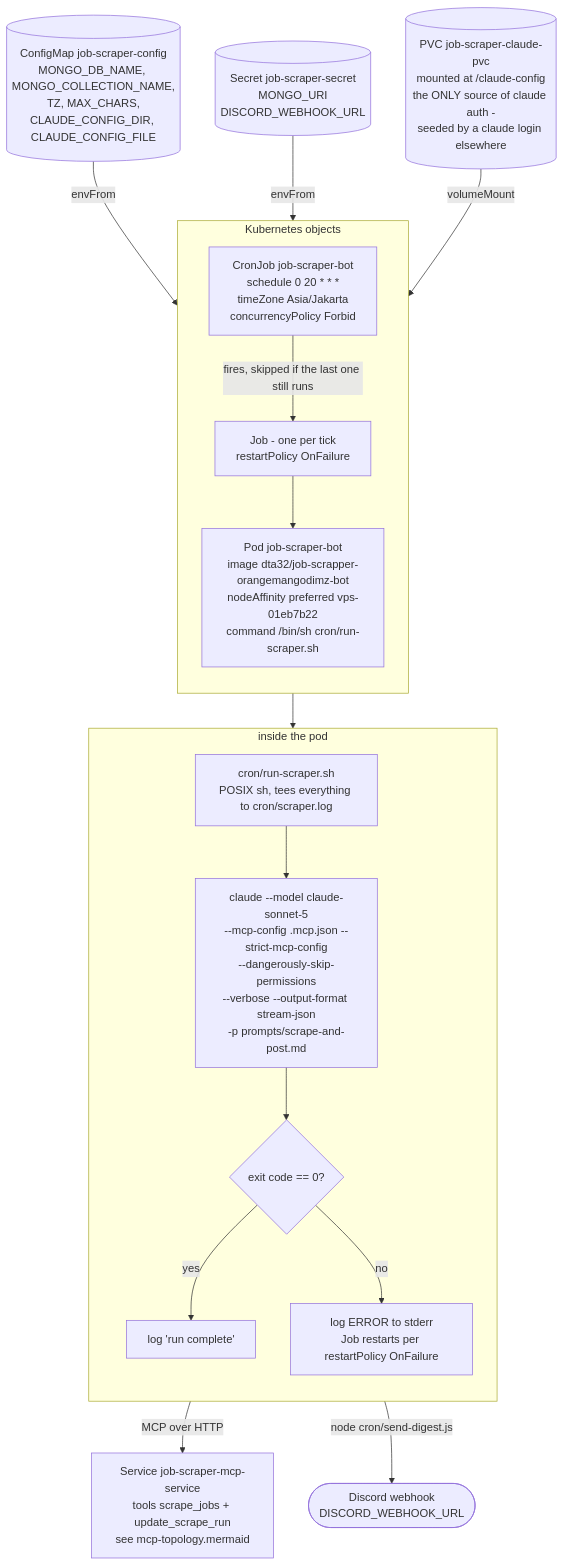
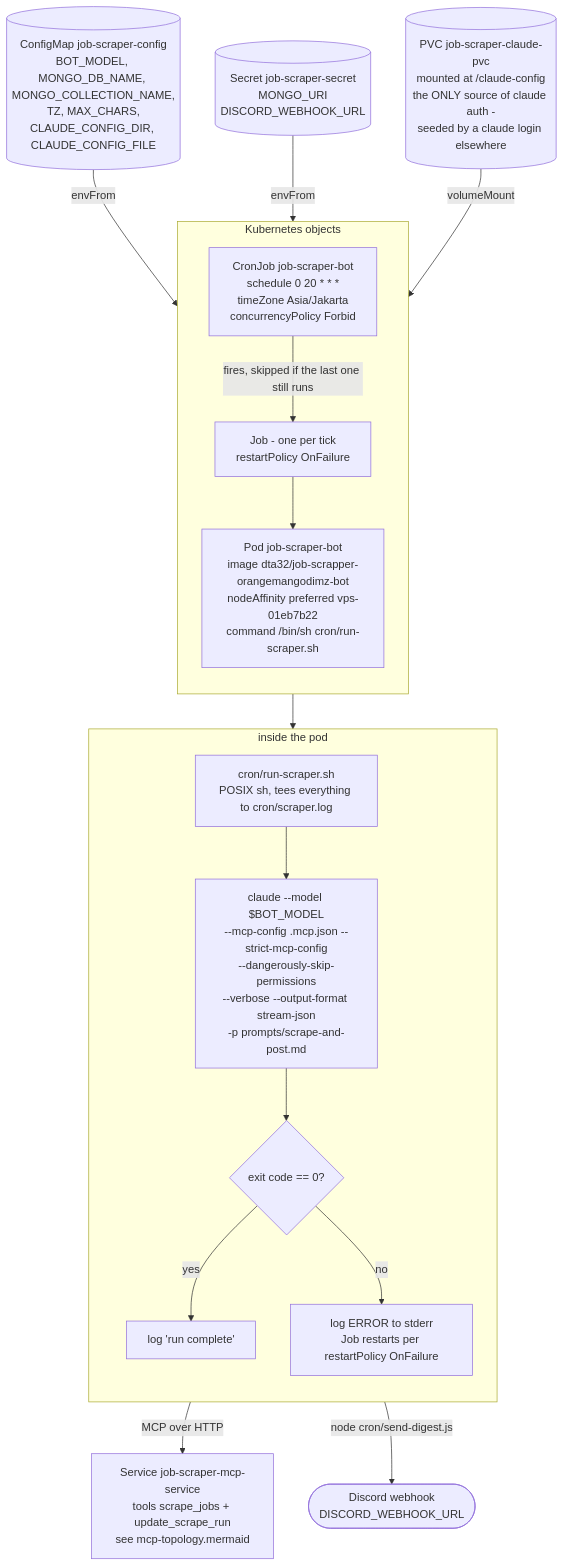
One commit to DTA32/job-scrapper changed the diagram in docs/architecture/cronjob-topology.mermaid. Above: the diagram before and after it, drawn with Mermaid. The commit also changed 10 other files, not shown here.

```diff
--- a/docs/architecture/cronjob-topology.mermaid
+++ b/docs/architecture/cronjob-topology.mermaid
@@ -1,36 +1,36 @@
 flowchart TB
     subgraph k8s["Kubernetes objects"]
         direction TB
         CJ["CronJob job-scraper-bot<br/>schedule 0 20 * * *<br/>timeZone Asia/Jakarta<br/>concurrencyPolicy Forbid"]
         JOB["Job - one per tick<br/>restartPolicy OnFailure"]
         POD["Pod job-scraper-bot<br/>image dta32/job-scrapper-orangemangodimz-bot<br/>nodeAffinity preferred vps-01eb7b22<br/>command /bin/sh cron/run-scraper.sh"]
         CJ -->|"fires, skipped if the last one still runs"| JOB --> POD
     end
 
-    CM[("ConfigMap job-scraper-config<br/>MONGO_DB_NAME, MONGO_COLLECTION_NAME,<br/>TZ, MAX_CHARS,<br/>CLAUDE_CONFIG_DIR, CLAUDE_CONFIG_FILE")]
+    CM[("ConfigMap job-scraper-config<br/>BOT_MODEL, MONGO_DB_NAME, MONGO_COLLECTION_NAME,<br/>TZ, MAX_CHARS,<br/>CLAUDE_CONFIG_DIR, CLAUDE_CONFIG_FILE")]
     SEC[("Secret job-scraper-secret<br/>MONGO_URI<br/>DISCORD_WEBHOOK_URL")]
     PVC[("PVC job-scraper-claude-pvc<br/>mounted at /claude-config<br/>the ONLY source of claude auth -<br/>seeded by a claude login elsewhere")]
 
     CM -->|"envFrom"| POD
     SEC -->|"envFrom"| POD
     PVC -->|"volumeMount"| POD
 
     subgraph container["inside the pod"]
         direction TB
         SH["cron/run-scraper.sh<br/>POSIX sh, tees everything to cron/scraper.log"]
-        CLAUDE["claude --model claude-sonnet-5<br/>--mcp-config .mcp.json --strict-mcp-config<br/>--dangerously-skip-permissions<br/>--verbose --output-format stream-json<br/>-p prompts/scrape-and-post.md"]
+        CLAUDE["claude --model $BOT_MODEL<br/>--mcp-config .mcp.json --strict-mcp-config<br/>--dangerously-skip-permissions<br/>--verbose --output-format stream-json<br/>-p prompts/scrape-and-post.md"]
         RC{"exit code == 0?"}
         OKLOG["log 'run complete'"]
         ERRLOG["log ERROR to stderr<br/>Job restarts per restartPolicy OnFailure"]
         SH --> CLAUDE --> RC
         RC -->|"yes"| OKLOG
         RC -->|"no"| ERRLOG
     end
 
     POD --> SH
 
     MCP["Service job-scraper-mcp-service<br/>tools scrape_jobs + update_scrape_run<br/>see mcp-topology.mermaid"]
     DISCORD(["Discord webhook<br/>DISCORD_WEBHOOK_URL"])
 
     CLAUDE -->|"MCP over HTTP"| MCP
     CLAUDE -->|"node cron/send-digest.js"| DISCORD
```
